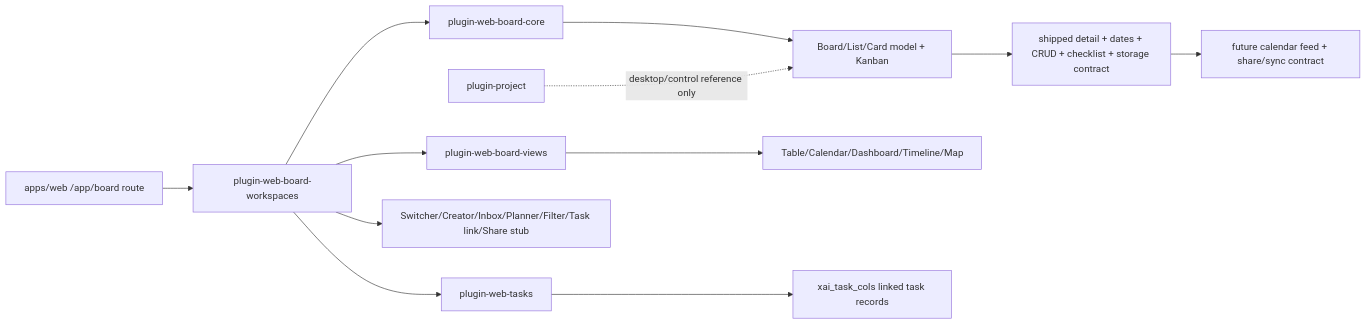
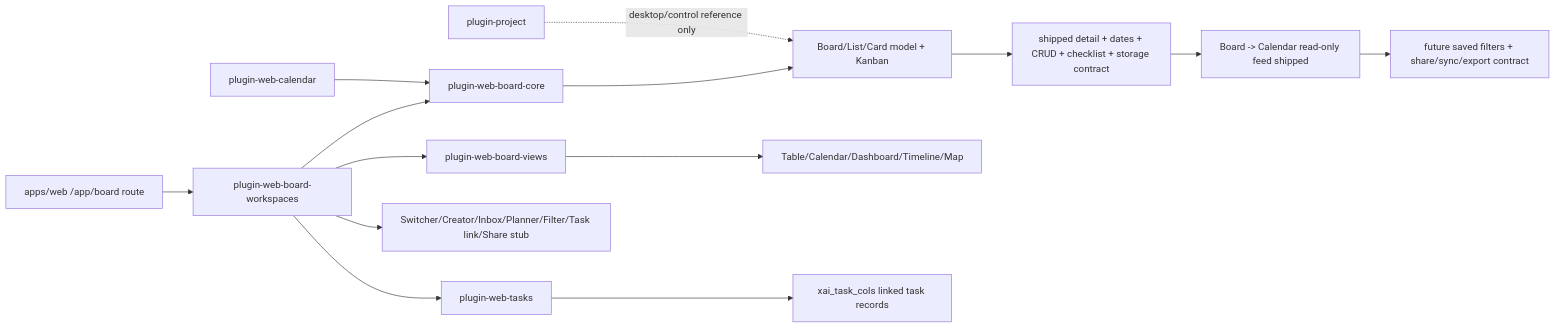
The diagram in docs/SYSTEM_ARCHITECTURE.md (jinlong17/XAI_Desktop), drawn with Mermaid before and after one commit. The commit also changed other lines of this file and 4 other files, not shown here.

Commit message:
docs(web-board-calendar-feed): mark shipped

````diff
--- a/docs/SYSTEM_ARCHITECTURE.md
+++ b/docs/SYSTEM_ARCHITECTURE.md
@@ -186,14 +186,16 @@
 ```mermaid
 flowchart LR
   A["apps/web /app/board route"] --> B["plugin-web-board-workspaces"]
   B --> C["plugin-web-board-core"]
   B --> D["plugin-web-board-views"]
   B --> K["plugin-web-tasks"]
+  M["plugin-web-calendar"] --> C
   C --> E["Board/List/Card model + Kanban"]
   D --> F["Table/Calendar/Dashboard/Timeline/Map"]
   B --> G["Switcher/Creator/Inbox/Planner/Filter/Task link/Share stub"]
   K --> L["xai_task_cols linked task records"]
   H["plugin-project"] -. "desktop/control reference only" .-> E
   E --> I["shipped detail + dates + CRUD + checklist + storage contract"]
-  I --> J["future calendar feed + share/sync contract"]
+  I --> J["Board -> Calendar read-only feed shipped"]
+  J --> N["future saved filters + share/sync/export contract"]
 ```
````
